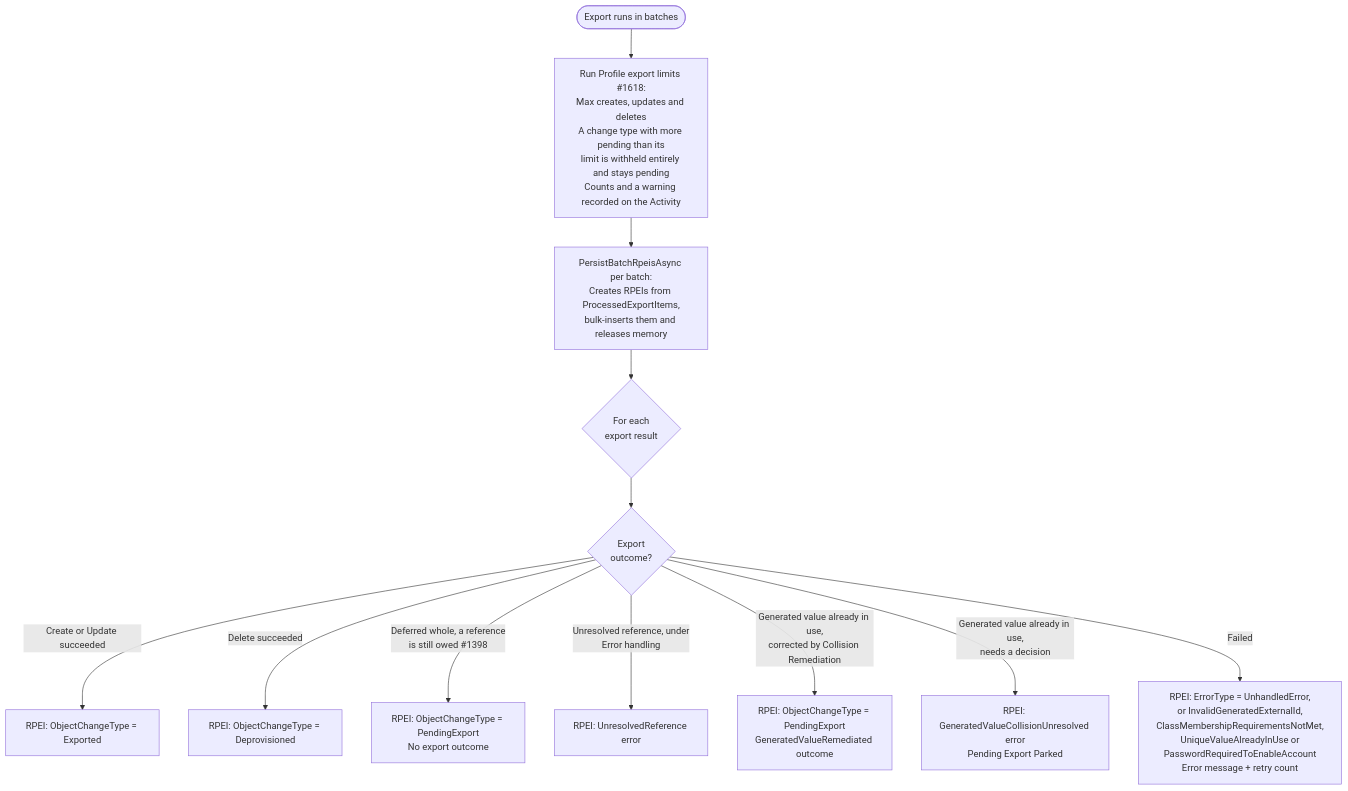
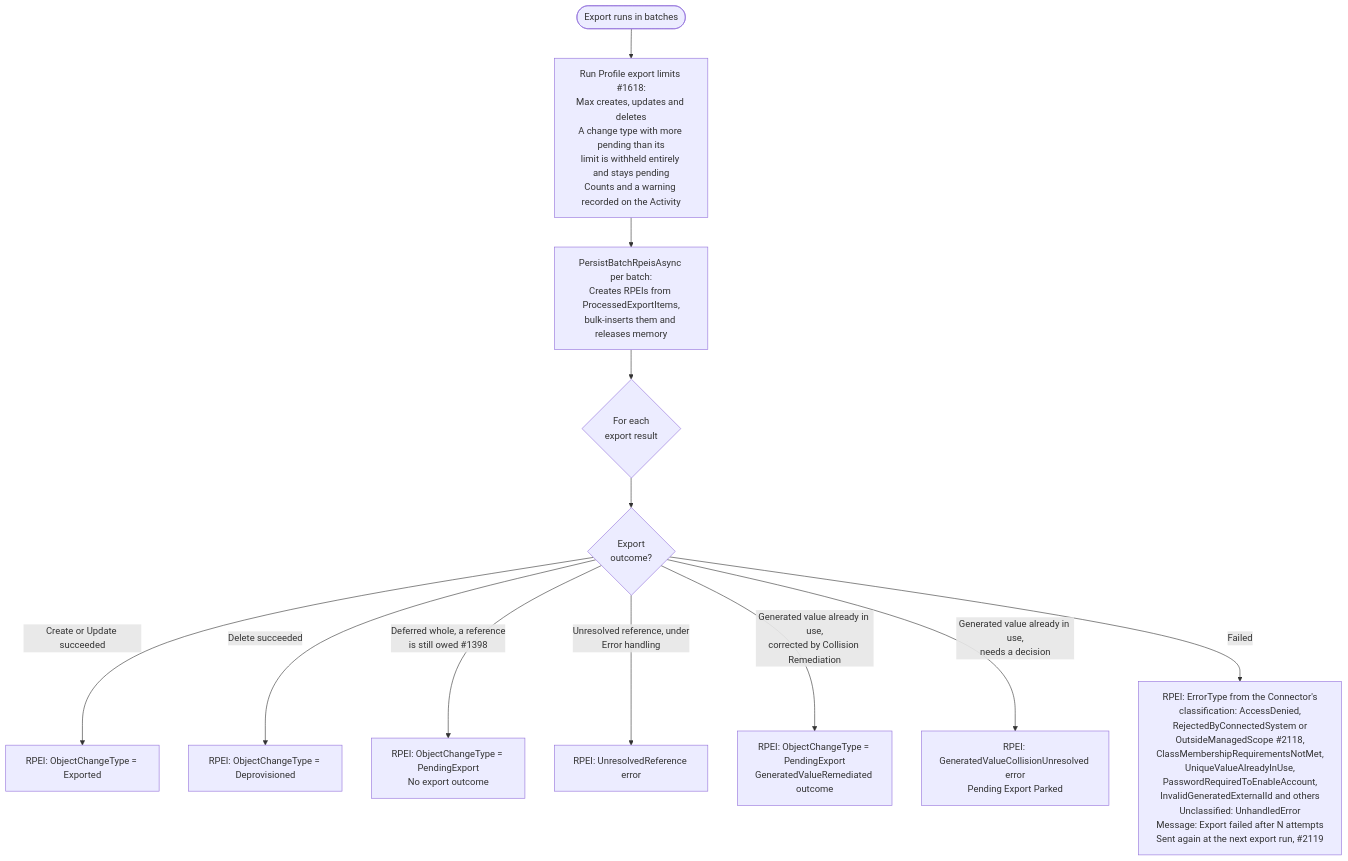
One commit to TetronIO/JIM changed the fourth of 6 diagrams in engineering/developer/diagrams/ACTIVITY_AND_RPEI_FLOW.md. Above: the diagram before and after it, drawn with Mermaid. The commit also changed other lines of this file and 5 other files, not shown here.

````diff
--- a/engineering/developer/diagrams/ACTIVITY_AND_RPEI_FLOW.md
+++ b/engineering/developer/diagrams/ACTIVITY_AND_RPEI_FLOW.md
@@ -151,16 +154,16 @@
 ```mermaid
 flowchart TD
     ExportStart([Export runs in batches]) --> Limits[Run Profile export limits #1618:<br/>Max creates, updates and deletes<br/>A change type with more pending than its<br/>limit is withheld entirely and stays pending<br/>Counts and a warning recorded on the Activity]
     Limits --> ProcessResults[PersistBatchRpeisAsync per batch:<br/>Creates RPEIs from ProcessedExportItems,<br/>bulk-inserts them and releases memory]
 
     ProcessResults --> PerExport{For each<br/>export result}
 
     PerExport --> Outcome{Export<br/>outcome?}
     Outcome -->|Create or Update succeeded| ExpRPEI[RPEI: ObjectChangeType = Exported]
     Outcome -->|Delete succeeded| DeprovRPEI[RPEI: ObjectChangeType = Deprovisioned]
     Outcome -->|Deferred whole, a reference<br/>is still owed #1398| DeferRPEI[RPEI: ObjectChangeType = PendingExport<br/>No export outcome]
     Outcome -->|Unresolved reference, under<br/>Error handling| UnresolvedRPEI[RPEI: UnresolvedReference error]
     Outcome -->|Generated value already in use,<br/>corrected by Collision Remediation| CorrectedRPEI[RPEI: ObjectChangeType = PendingExport<br/>GeneratedValueRemediated outcome]
     Outcome -->|Generated value already in use,<br/>needs a decision| DecisionRPEI[RPEI: GeneratedValueCollisionUnresolved error<br/>Pending Export Parked]
-    Outcome -->|Failed| FailRPEI[RPEI: ErrorType = UnhandledError,<br/>or InvalidGeneratedExternalId,<br/>ClassMembershipRequirementsNotMet,<br/>UniqueValueAlreadyInUse or<br/>PasswordRequiredToEnableAccount<br/>Error message + retry count]
+    Outcome -->|Failed| FailRPEI[RPEI: ErrorType from the Connector's<br/>classification: AccessDenied,<br/>RejectedByConnectedSystem or<br/>OutsideManagedScope #2118,<br/>ClassMembershipRequirementsNotMet,<br/>UniqueValueAlreadyInUse,<br/>PasswordRequiredToEnableAccount,<br/>InvalidGeneratedExternalId and others<br/>Unclassified: UnhandledError<br/>Message: Export failed after N attempts<br/>Sent again at the next export run, #2119]
 ```
````
